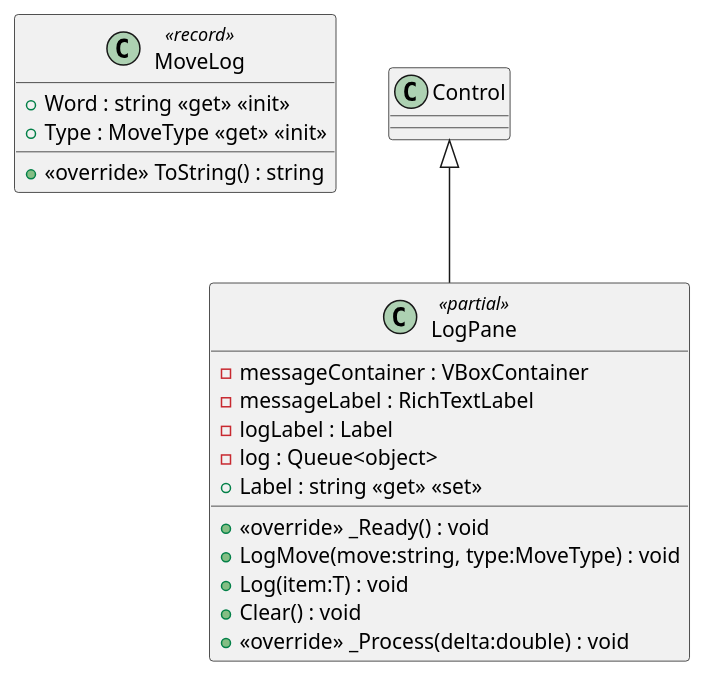
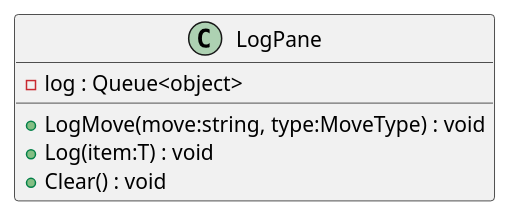
One commit to Leximon-SWE-2025/Leximon changed the diagram in PlantUML/scripts/LogPane.puml. Above: the diagram before and after it, drawn with PlantUML. The commit also changed 65 other files, not shown here.

Commit message:
update class diagram

```diff
--- a/PlantUML/scripts/LogPane.puml
+++ b/PlantUML/scripts/LogPane.puml
@@ -1,20 +1,20 @@
-@startuml
-class MoveLog <<record>> {
-    + Word : string <<get>> <<init>>
-    + Type : MoveType <<get>> <<init>>
-    + <<override>> ToString() : string
-}
-class LogPane <<partial>> {
-    - messageContainer : VBoxContainer
-    - messageLabel : RichTextLabel
-    - logLabel : Label
+@startuml LogPane
+' record MoveLog  {
+'     + Word : string <<get>> <<init>>
+'     + Type : MoveType <<get>> <<init>>
+'     + <<override>> ToString() : string
+' }
+class LogPane  {
+    ' - messageContainer : VBoxContainer
+    ' - messageLabel : RichTextLabel
+    ' - logLabel : Label
     - log : Queue<object>
-    + Label : string <<get>> <<set>>
-    + <<override>> _Ready() : void
+    ' + Label : string <<get>> <<set>>
+    ' + <<override>> _Ready() : void
     + LogMove(move:string, type:MoveType) : void
     + Log(item:T) : void
     + Clear() : void
-    + <<override>> _Process(delta:double) : void
+    ' + <<override>> _Process(delta:double) : void
 }
-Control <|-- LogPane
+' Control <|-- LogPane
 @enduml
```
